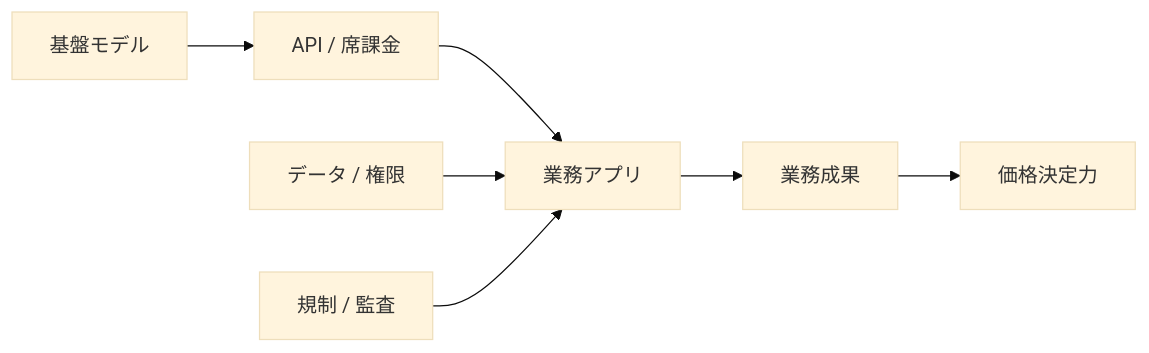
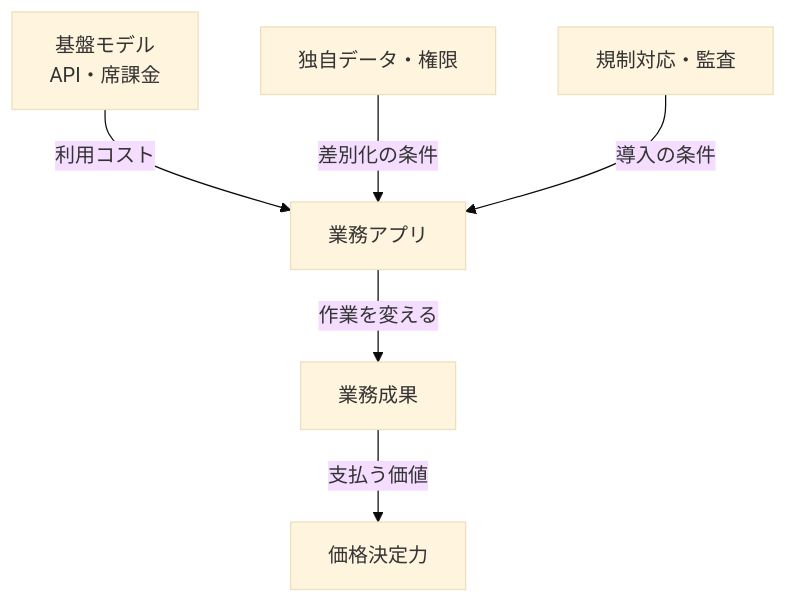
The diagram in articles/report/ai-application-layer-investment-themes/ja/index.mdx (daylight55/research), drawn with Mermaid (base theme) before and after one commit. The commit also changed 181 other files, not shown here.

First line of the commit message:
全記事の図解368点を再生成し、共通注意書きを削除 (#402)

````diff
--- a/articles/report/ai-application-layer-investment-themes/ja/index.mdx
+++ b/articles/report/ai-application-layer-investment-themes/ja/index.mdx
@@ -31,9 +31,16 @@
 ```mermaid
-flowchart LR
-  A["基盤モデル"] --> B["API / 席課金"]
-  B --> C["業務アプリ"]
-  C --> D["業務成果"]
-  D --> E["価格決定力"]
-  F["データ / 権限"] --> C
-  G["規制 / 監査"] --> C
+flowchart TD
+  accTitle: AIアプリの価値と価格決定力を分ける
+  accDescr: モデルへの支払いだけでは競争優位を説明できない。業務成果に加え、独自データ、権限管理、監査への対応を確認する。
+  N0["基盤モデル<br/>API・席課金"]
+  N1["業務アプリ"]
+  N2["独自データ・権限"]
+  N3["規制対応・監査"]
+  N4["業務成果"]
+  N5["価格決定力"]
+  N0 -->|利用コスト| N1
+  N2 -->|差別化の条件| N1
+  N3 -->|導入の条件| N1
+  N1 -->|作業を変える| N4
+  N4 -->|支払う価値| N5
 ```
````
